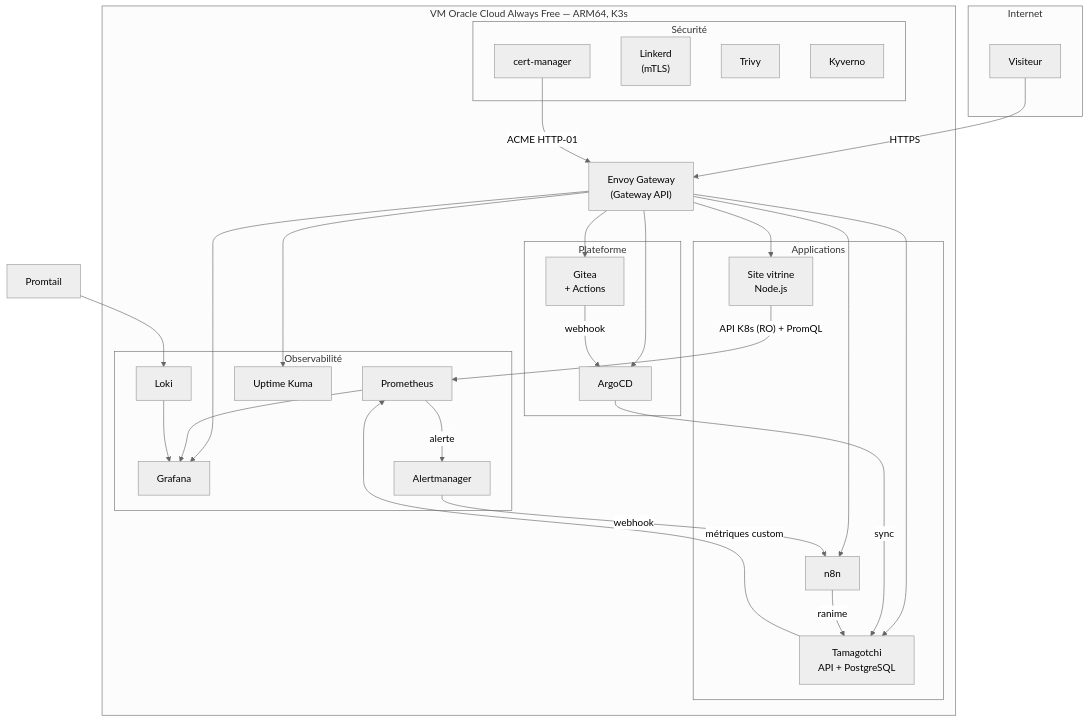
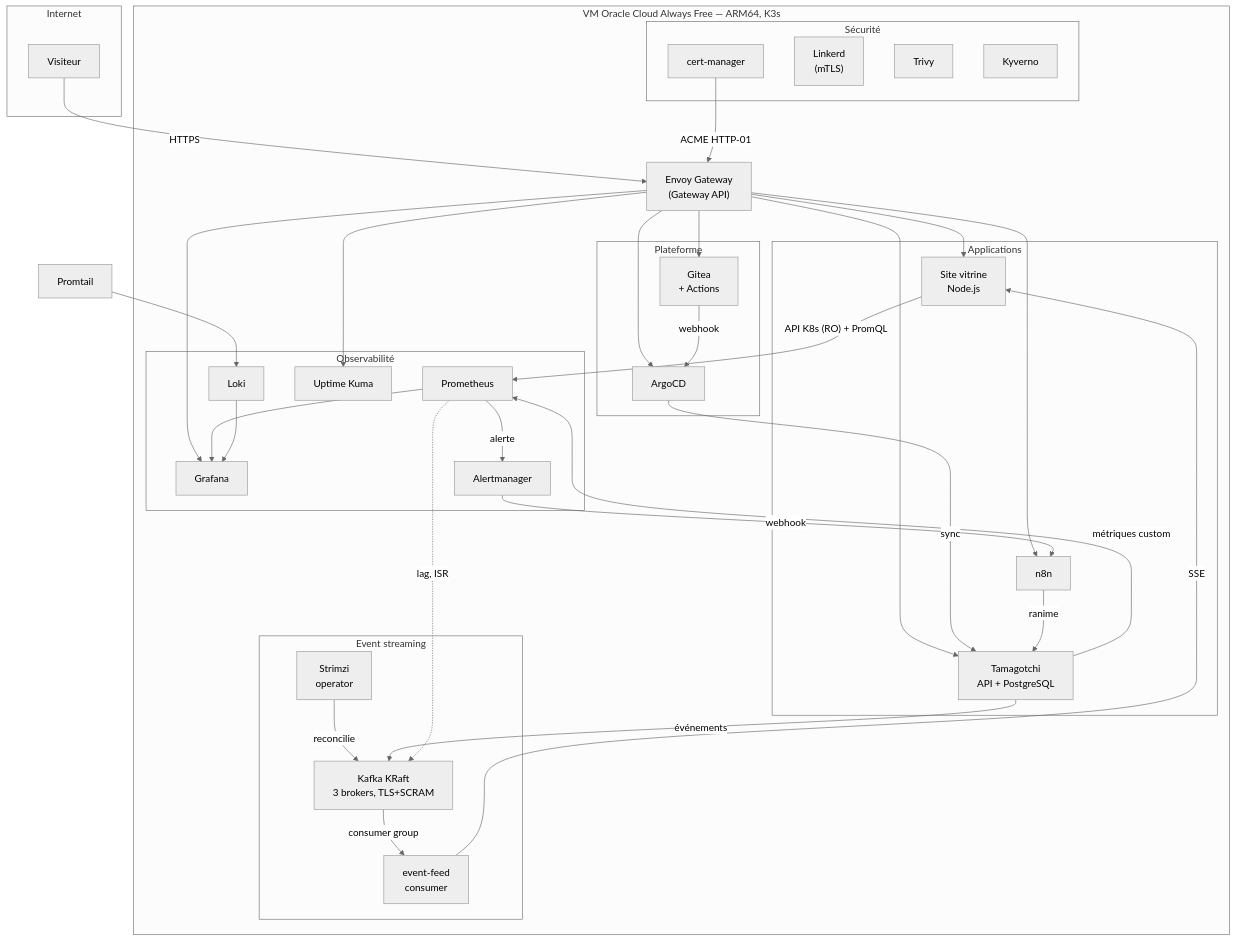
Before and after one commit to kaliouich/showroom: the diagram in README.md, drawn with Mermaid (neutral theme). The commit also changed other lines of this file and 6 other files, not shown here.

First line of the commit message:
feat(website): live Kafka event feed

````diff
--- a/README.md
+++ b/README.md
@@ -13,47 +13,56 @@
 ```mermaid
 graph TB
     subgraph Internet
         U[Visiteur]
     end
 
     subgraph "VM Oracle Cloud Always Free — ARM64, K3s"
         EG["Envoy Gateway<br/>(Gateway API)"]
 
         subgraph "Plateforme"
             AC[ArgoCD]
             GT["Gitea<br/>+ Actions"]
         end
 
         subgraph "Observabilité"
             PR[Prometheus]
             GF[Grafana]
             LK[Loki]
             AM[Alertmanager]
             UK[Uptime Kuma]
         end
 
         subgraph "Applications"
             WS["Site vitrine<br/>Node.js"]
             TG["Tamagotchi<br/>API + PostgreSQL"]
             N8[n8n]
         end
 
+        subgraph "Event streaming"
+            SZ["Strimzi<br/>operator"]
+            KF["Kafka KRaft<br/>3 brokers, TLS+SCRAM"]
+            EF["event-feed<br/>consumer"]
+        end
+
         subgraph "Sécurité"
             CM[cert-manager]
             LD["Linkerd<br/>(mTLS)"]
             TV[Trivy]
             KV[Kyverno]
         end
     end
 
     U -->|HTTPS| EG
     EG --> WS & TG & AC & GF & GT & UK & N8
     GT -->|webhook| AC
     AC -->|sync| TG
     TG -->|métriques custom| PR
     PR --> GF
     PR -->|alerte| AM -->|webhook| N8 -->|ranime| TG
+    SZ -->|reconcilie| KF
+    TG -->|événements| KF -->|consumer group| EF -->|SSE| WS
+    PR -.->|lag, ISR| KF
     LO[Promtail] --> LK --> GF
     WS -->|"API K8s (RO) + PromQL"| PR
     CM -->|"ACME HTTP-01"| EG
 ```
````
